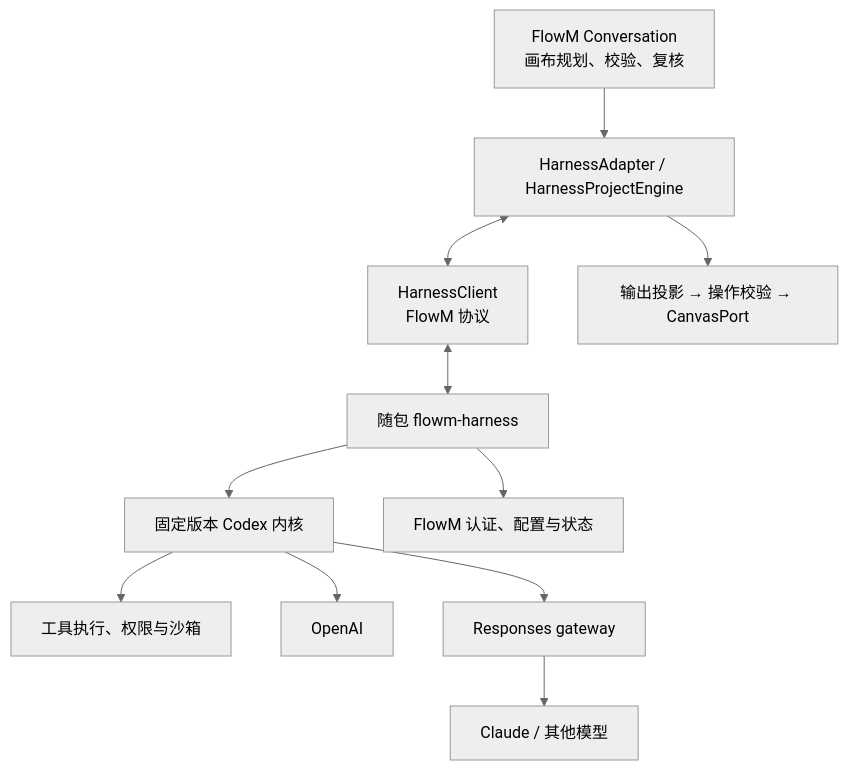
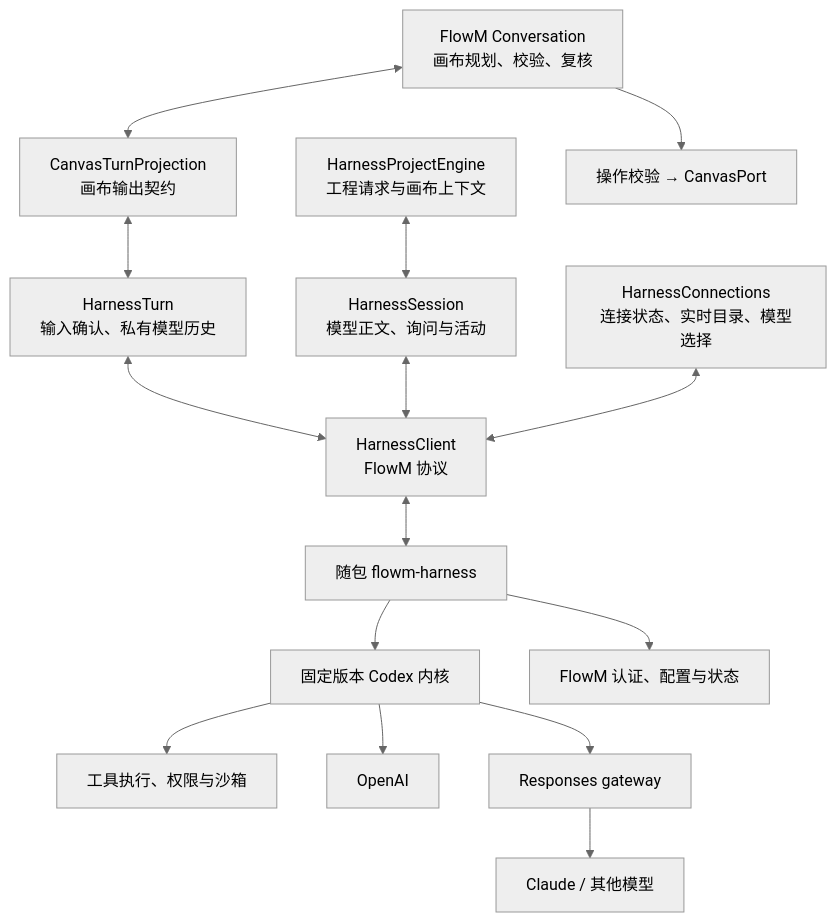
The diagram in docs/flowm-harness-mvp.md (ether-zhang/FlowM), drawn with Mermaid (neutral theme) before and after one commit. The commit also changed other lines of this file and 3 other files, not shown here.

````diff
--- a/docs/flowm-harness-mvp.md
+++ b/docs/flowm-harness-mvp.md
@@ -98,13 +98,17 @@
 ```mermaid
 flowchart TD
-    C["FlowM Conversation<br/>画布规划、校验、复核"] --> A["HarnessAdapter / HarnessProjectEngine"]
+    C["FlowM Conversation<br/>画布规划、校验、复核"] <--> P["CanvasTurnProjection<br/>画布输出契约"]
+    P <--> A["HarnessTurn<br/>输入确认、私有模型历史"]
+    E["HarnessProjectEngine<br/>工程请求与画布上下文"] <--> Q["HarnessSession<br/>模型正文、询问与活动"]
     A <--> H["HarnessClient<br/>FlowM 协议"]
+    Q <--> H
+    D["HarnessConnections<br/>连接状态、实时目录、模型选择"] <--> H
     H <--> S["随包 flowm-harness"]
     S --> K["固定版本 Codex 内核"]
     S --> U["FlowM 认证、配置与状态"]
     K --> T["工具执行、权限与沙箱"]
     K --> O["OpenAI"]
     K --> G["Responses gateway"]
     G --> M["Claude / 其他模型"]
-    A --> P["输出投影 → 操作校验 → CanvasPort"]
+    C --> V["操作校验 → CanvasPort"]
 ```
````
